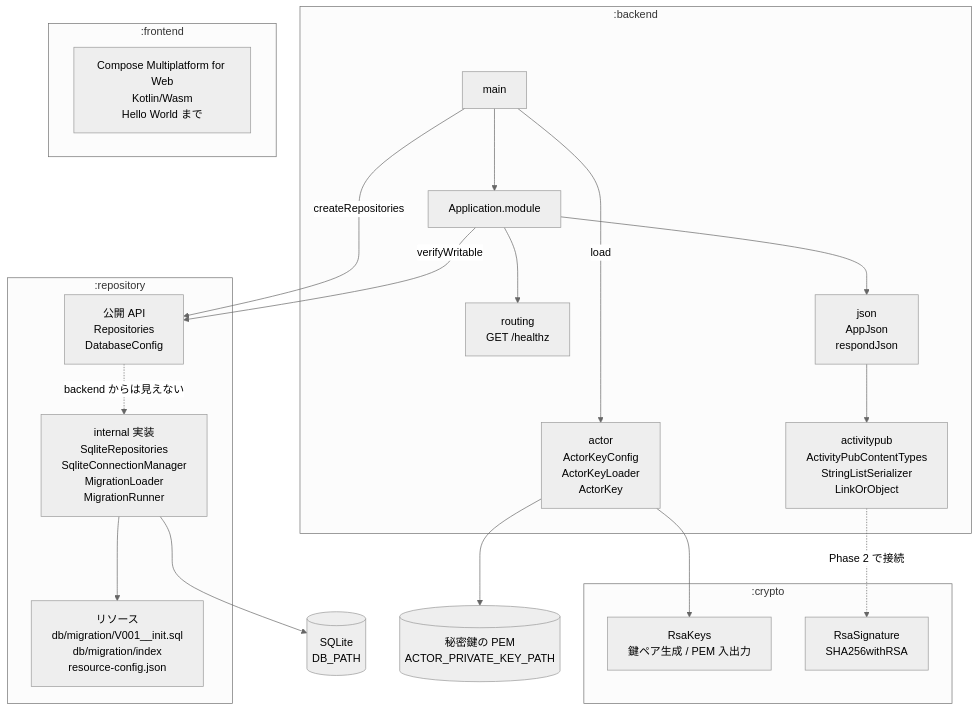
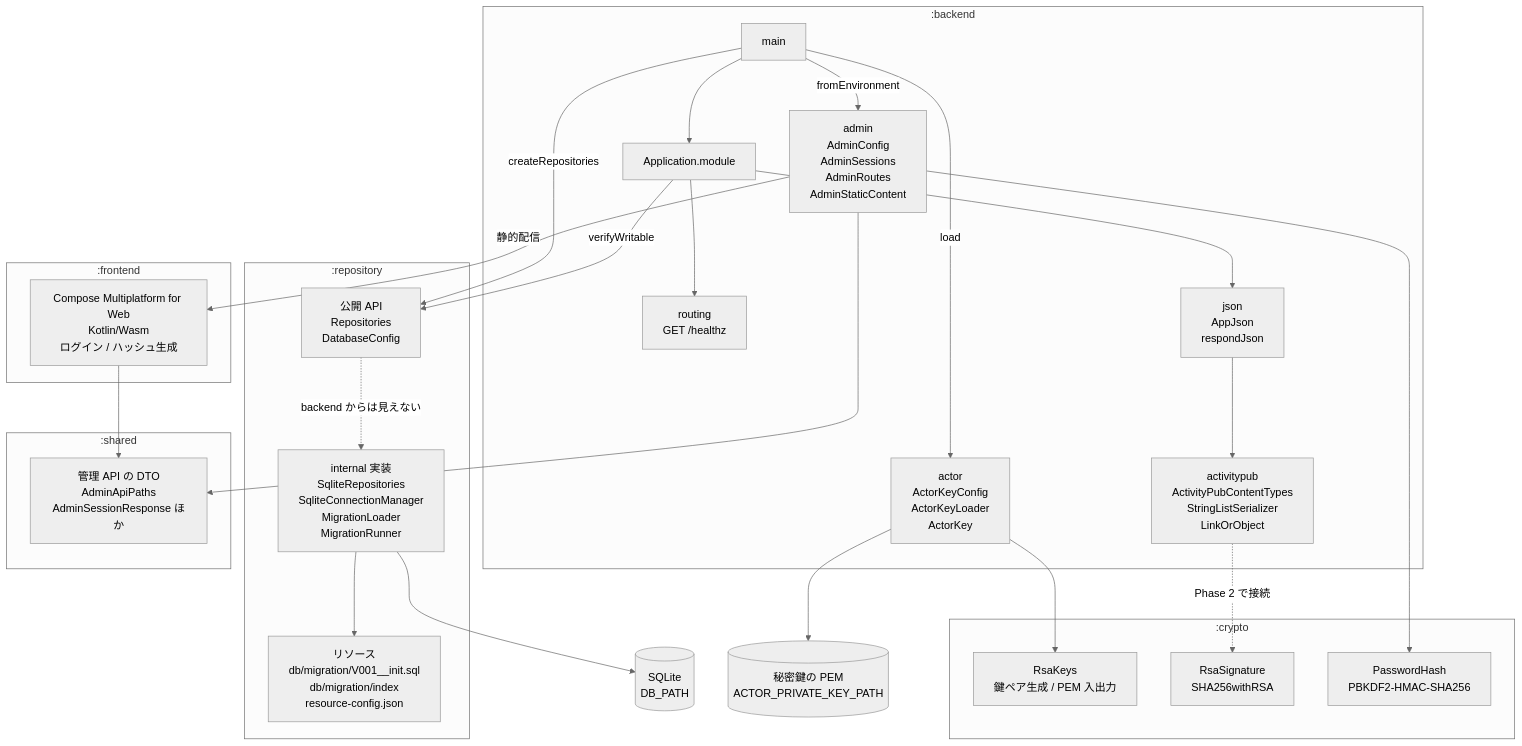
The first of 2 diagrams in README.md (matsudamper/mastodon-rss), drawn with Mermaid (neutral theme) before and after one commit. The commit also changed other lines of this file and 34 other files, not shown here.

````diff
--- a/README.md
+++ b/README.md
@@ -15,43 +16,54 @@
 ```mermaid
 flowchart TB
     subgraph backend[":backend"]
         main["main"]
         module["Application.module"]
         route["routing<br/>GET /healthz"]
         json["json<br/>AppJson<br/>respondJson"]
         ap["activitypub<br/>ActivityPubContentTypes<br/>StringListSerializer<br/>LinkOrObject"]
         actor["actor<br/>ActorKeyConfig<br/>ActorKeyLoader<br/>ActorKey"]
+        admin["admin<br/>AdminConfig<br/>AdminSessions<br/>AdminRoutes<br/>AdminStaticContent"]
     end
 
     subgraph crypto[":crypto"]
         keys["RsaKeys<br/>鍵ペア生成 / PEM 入出力"]
         sign["RsaSignature<br/>SHA256withRSA"]
+        pw["PasswordHash<br/>PBKDF2-HMAC-SHA256"]
     end
 
     subgraph repository[":repository"]
         api["公開 API<br/>Repositories<br/>DatabaseConfig"]
         impl["internal 実装<br/>SqliteRepositories<br/>SqliteConnectionManager<br/>MigrationLoader<br/>MigrationRunner"]
         res["リソース<br/>db/migration/V001__init.sql<br/>db/migration/index<br/>resource-config.json"]
     end
 
+    subgraph shared[":shared"]
+        dto["管理 API の DTO<br/>AdminApiPaths<br/>AdminSessionResponse ほか"]
+    end
+
     subgraph frontend[":frontend"]
-        compose["Compose Multiplatform for Web<br/>Kotlin/Wasm<br/>Hello World まで"]
+        compose["Compose Multiplatform for Web<br/>Kotlin/Wasm<br/>ログイン / ハッシュ生成"]
     end
 
     db[("SQLite<br/>DB_PATH")]
 
     main --> module
     module --> json
     module --> route
     json --> ap
     main -->|createRepositories| api
     main -->|load| actor
+    main -->|fromEnvironment| admin
     module -->|verifyWritable| api
     api -.->|backend からは見えない| impl
     impl --> res
     impl --> db
     actor --> keys
+    admin --> pw
+    admin --> dto
+    compose --> dto
+    admin -->|静的配信| compose
     ap -.->|Phase 2 で接続| sign
     key[("秘密鍵の PEM<br/>ACTOR_PRIVATE_KEY_PATH")]
     actor --> key
 ```
````
